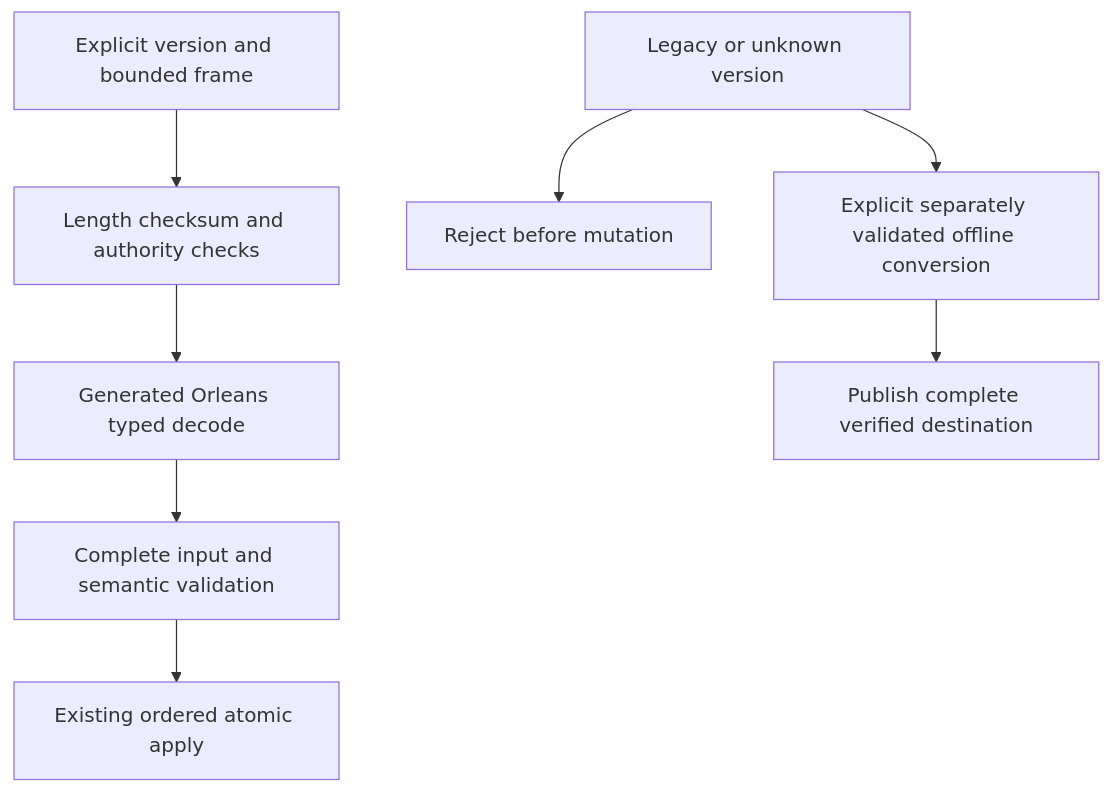
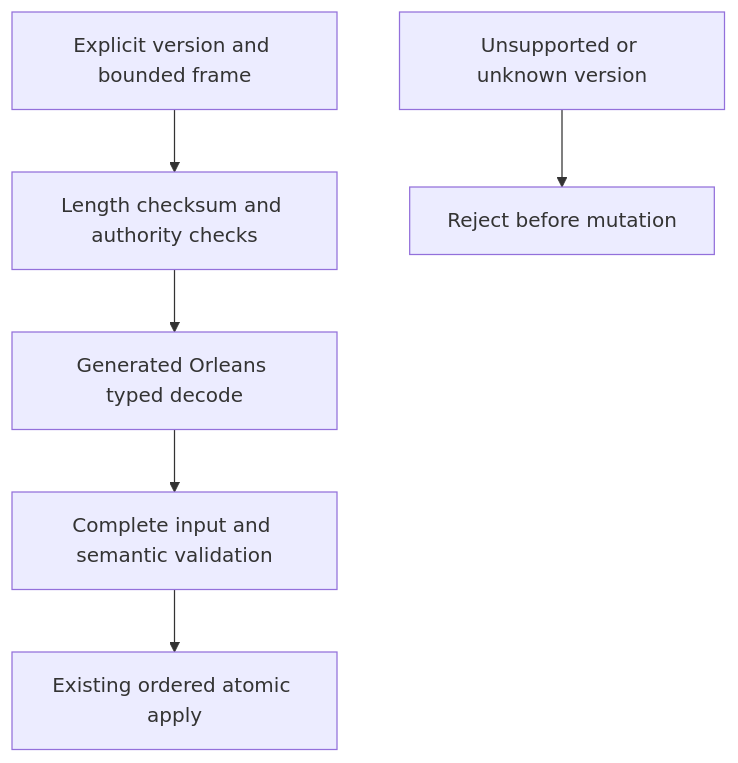
The diagram in docs/ADR/ADR-060-native-internal-serialization.md (managedcode/KeyLoad), drawn with Mermaid before and after one commit. The commit also changed other lines of this file and 440 other files, not shown here.

````diff
--- a/docs/ADR/ADR-060-native-internal-serialization.md
+++ b/docs/ADR/ADR-060-native-internal-serialization.md
@@ -20,10 +20,8 @@
 ```mermaid
 flowchart TD
     Frame[Explicit version and bounded frame] --> Integrity[Length checksum and authority checks]
     Integrity --> Native[Generated Orleans typed decode]
     Native --> Validate[Complete input and semantic validation]
     Validate --> Apply[Existing ordered atomic apply]
-    Old[Legacy or unknown version] --> Reject[Reject before mutation]
-    Old --> Offline[Explicit separately validated offline conversion]
-    Offline --> New[Publish complete verified destination]
+    Unknown[Unsupported or unknown version] --> Reject[Reject before mutation]
 ```
````
